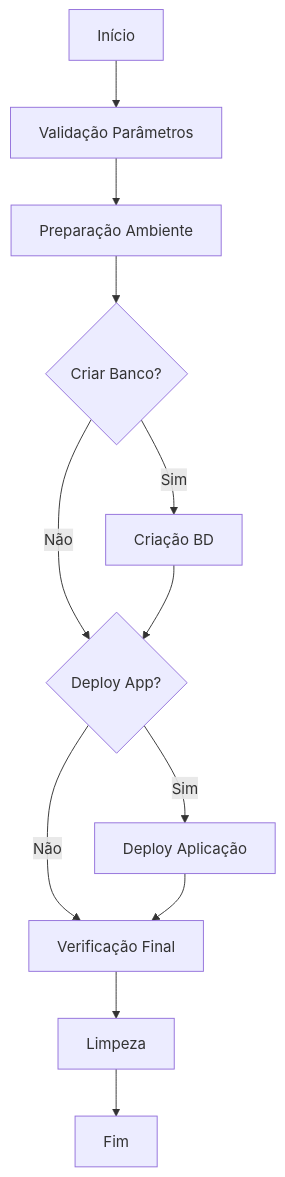
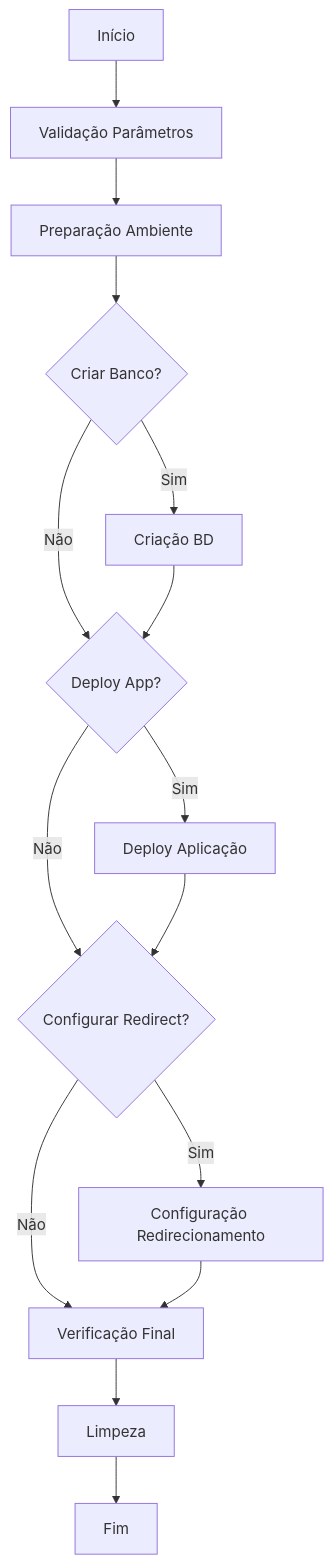
Before and after one commit to luangitdev/pipeline-criar-ambiente: the diagram in README.md, drawn with Mermaid. The commit also changed other lines of this file and 2 other files, not shown here.

Commit message:
feat: adiciona suporte a configuração de redirecionamento Apache2 e melhorias no pipeline

````diff
--- a/README.md
+++ b/README.md
@@ -159,14 +170,17 @@
 ```mermaid
 graph TD
     A[Início] --> B[Validação Parâmetros]
     B --> C[Preparação Ambiente]
     C --> D{Criar Banco?}
     D -->|Sim| E[Criação BD]
     D -->|Não| F{Deploy App?}
     E --> F
     F -->|Sim| G[Deploy Aplicação]
-    F -->|Não| H[Verificação Final]
+    F -->|Não| H{Configurar Redirect?}
     G --> H
-    H --> I[Limpeza]
-    I --> J[Fim]
+    H -->|Sim| I[Configuração Redirecionamento]
+    H -->|Não| J[Verificação Final]
+    I --> J
+    J --> K[Limpeza]
+    K --> L[Fim]
 ```
````
